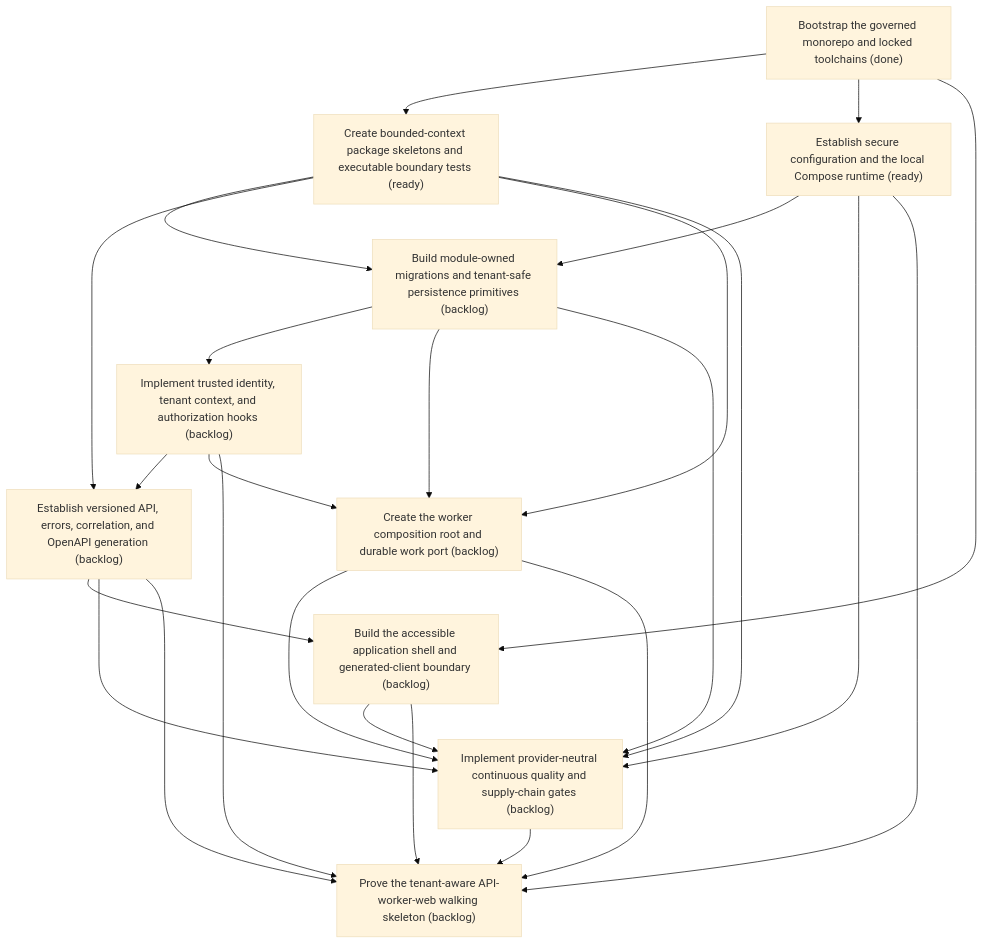
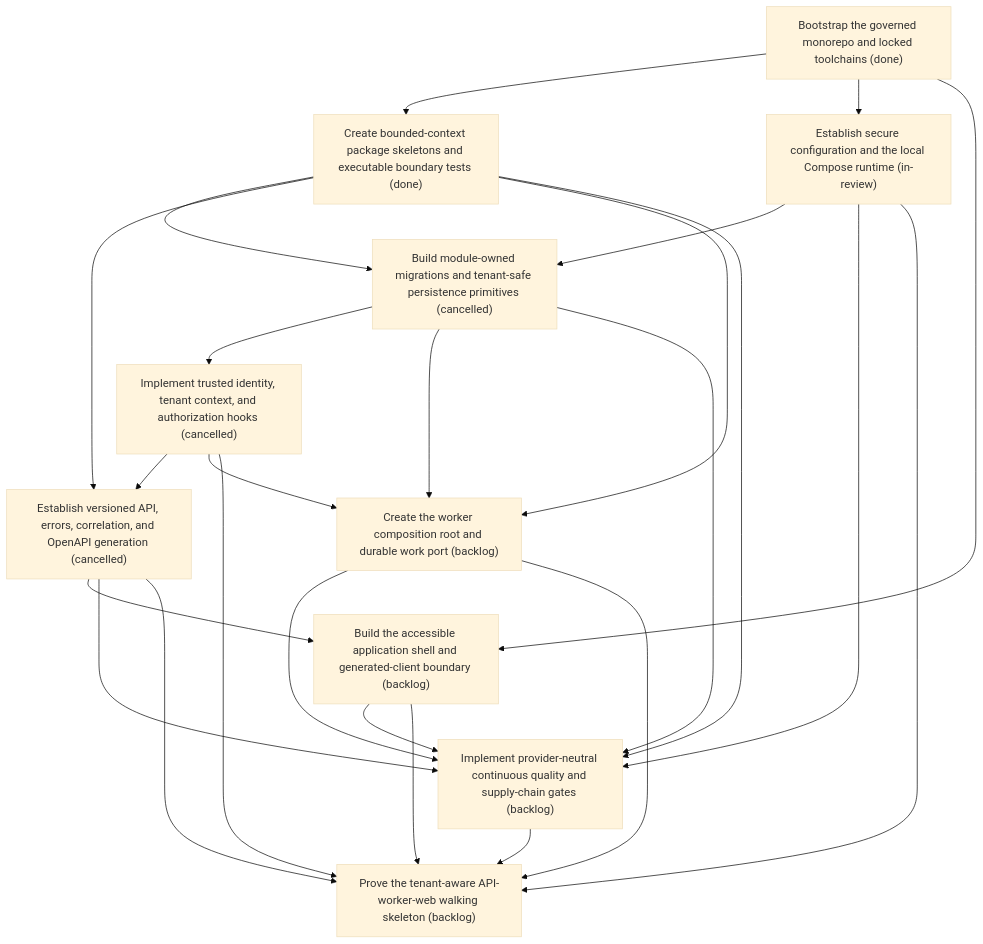
The diagram in .skyhook/plan/epics/CG7VFRWAF177CMZK333E19YND1.md (asadayoub/Evidentia), drawn with Mermaid (base theme) before and after one commit. The commit also changed other lines of this file and 54 other files, not shown here.

Commit message:
docs(skyhook): adopt interaction-first delivery roadmap

````diff
--- a/.skyhook/plan/epics/CG7VFRWAF177CMZK333E19YND1.md
+++ b/.skyhook/plan/epics/CG7VFRWAF177CMZK333E19YND1.md
@@ -29,37 +29,37 @@
 ```mermaid
 flowchart TD
     STORY-007["Bootstrap the governed monorepo and locked toolchains (done)"]
-    STORY-008["Create bounded-context package skeletons and executable boundary tests (ready)"]
+    STORY-008["Create bounded-context package skeletons and executable boundary tests (done)"]
     STORY-007 --> STORY-008
-    STORY-009["Establish secure configuration and the local Compose runtime (ready)"]
+    STORY-009["Establish secure configuration and the local Compose runtime (in-review)"]
     STORY-007 --> STORY-009
-    STORY-010["Build module-owned migrations and tenant-safe persistence primitives (backlog)"]
+    STORY-010["Build module-owned migrations and tenant-safe persistence primitives (cancelled)"]
     STORY-008 --> STORY-010
     STORY-009 --> STORY-010
-    STORY-011["Implement trusted identity, tenant context, and authorization hooks (backlog)"]
+    STORY-011["Implement trusted identity, tenant context, and authorization hooks (cancelled)"]
     STORY-010 --> STORY-011
-    STORY-012["Establish versioned API, errors, correlation, and OpenAPI generation (backlog)"]
+    STORY-012["Establish versioned API, errors, correlation, and OpenAPI generation (cancelled)"]
     STORY-008 --> STORY-012
     STORY-011 --> STORY-012
     STORY-013["Build the accessible application shell and generated-client boundary (backlog)"]
     STORY-007 --> STORY-013
     STORY-012 --> STORY-013
     STORY-014["Create the worker composition root and durable work port (backlog)"]
     STORY-008 --> STORY-014
     STORY-010 --> STORY-014
     STORY-011 --> STORY-014
     STORY-015["Implement provider-neutral continuous quality and supply-chain gates (backlog)"]
     STORY-008 --> STORY-015
     STORY-009 --> STORY-015
     STORY-010 --> STORY-015
     STORY-012 --> STORY-015
     STORY-013 --> STORY-015
     STORY-014 --> STORY-015
     STORY-016["Prove the tenant-aware API-worker-web walking skeleton (backlog)"]
     STORY-009 --> STORY-016
     STORY-011 --> STORY-016
     STORY-012 --> STORY-016
     STORY-013 --> STORY-016
     STORY-014 --> STORY-016
     STORY-015 --> STORY-016
 ```
````
